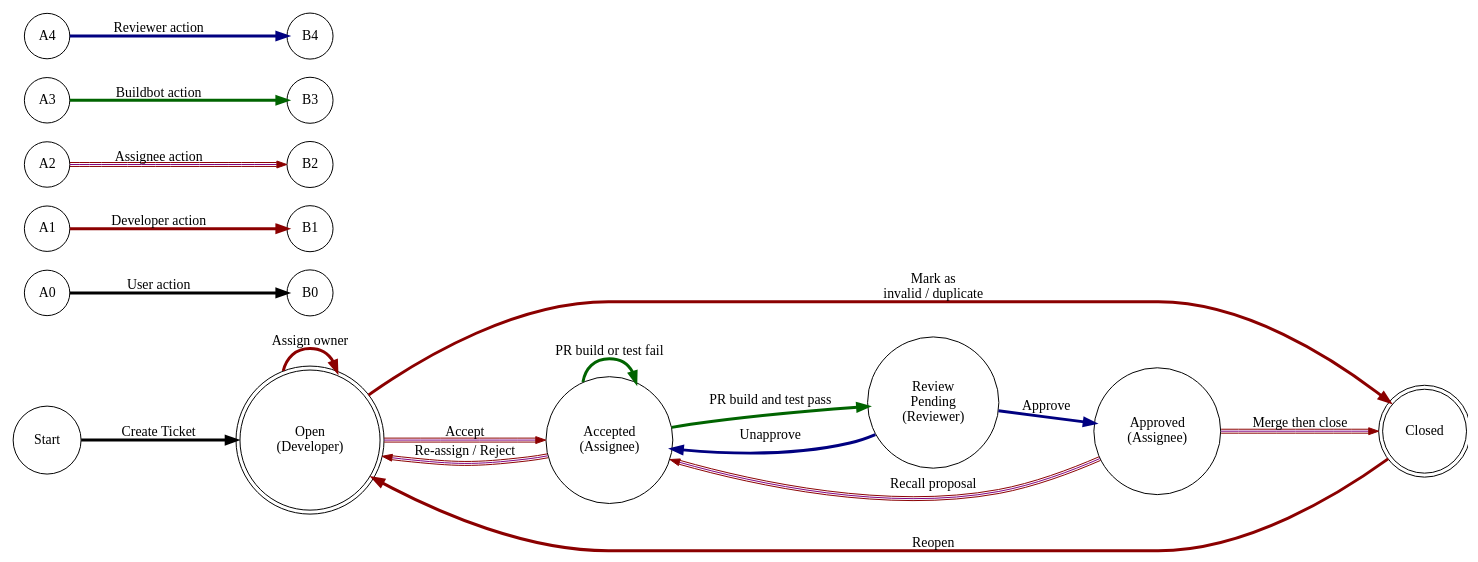
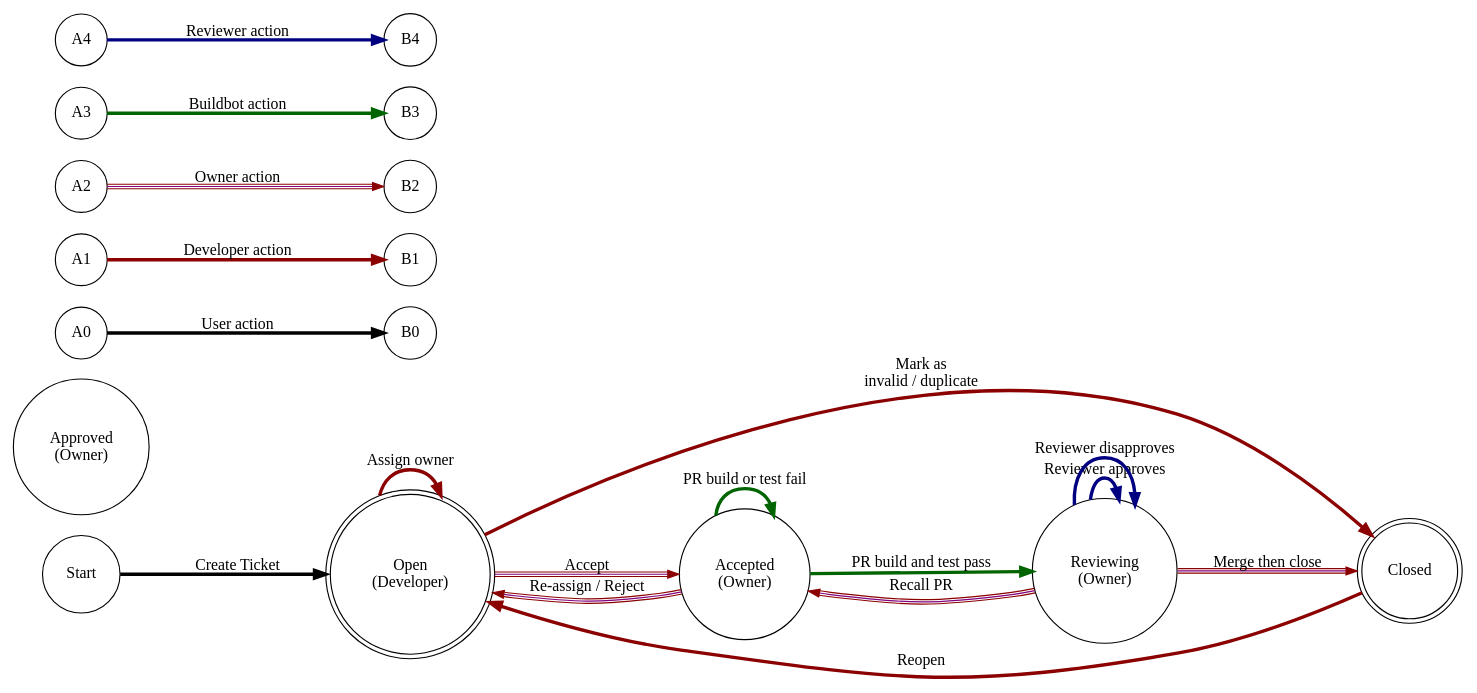
Before and after one commit to kennethho/JIRA-OnDemand-with-self-hosted-Bamboo: the diagram in jira-workflow.dot, drawn with Graphviz. The commit also changed 1 other file, not shown here.

Commit message:
Changed Review Pending to Reviewing and Assignee to Owner

```diff
--- a/jira-workflow.dot
+++ b/jira-workflow.dot
@@ -1,31 +1,31 @@
 digraph jira_workflow {
 	rankdir=LR;
 	size="16,16"
 	node [ shape = doublecircle ]; Open Closed;
 	node [ shape = circle ];
         edge [ penwidth=3.0 ];
         
         Open              [ label = "Open\n(Developer)" ];
-        Accepted          [ label = "Accepted\n(Assignee)" ];
-        Review_Pending    [ label = "Review\nPending\n(Reviewer)" ];
-        Approved          [ label = "Approved\n(Assignee)" ];
+        Accepted          [ label = "Accepted\n(Owner)" ];
+        Reviewing         [ label = "Reviewing\n(Owner)" ];
+        Approved          [ label = "Approved\n(Owner)" ];
         
         Start             -> Open              [ label = "Create Ticket" ];
         Open              -> Open              [ label = "Assign owner" color = "red4" ];
         Open              -> Closed            [ label = "Mark as\ninvalid / duplicate" color = "red4" ];
         Open              -> Accepted          [ label = "Accept" color = "red4:purple:red4" penwidth=1.0 ];
         Accepted          -> Open              [ label = "Re-assign / Reject" color = "red4:purple:red4" penwidth=1.0 ];
-        Accepted          -> Review_Pending    [ label = "PR build and test pass" color = "darkgreen" ];
+        Accepted          -> Reviewing         [ label = "PR build and test pass" color = "darkgreen" ];
         Accepted          -> Accepted          [ label = "PR build or test fail" color = "darkgreen" ];
-        Review_Pending    -> Approved          [ label = "Approve" color = "navy" ];
-        Review_Pending    -> Accepted          [ label = "Unapprove" color = "navy" ];
-        Approved          -> Closed            [ label = "Merge then close" color = "red4:purple:red4" penwidth=1.0 ];
-        Approved          -> Accepted          [ label = "Recall proposal" color = "red4:purple:red4" penwidth=1.0 ];
+        Reviewing         -> Reviewing         [ label = "Reviewer approves" color = "navy" ];
+        Reviewing         -> Reviewing         [ label = "Reviewer disapproves" color = "navy" ];
+        Reviewing         -> Closed            [ label = "Merge then close" color = "red4:purple:red4" penwidth=1.0 ];
+        Reviewing         -> Accepted          [ label = "Recall PR" color = "red4:purple:red4" penwidth=1.0 ];
         Closed            -> Open              [ label = "Reopen" color = "red4" ];
 
         A0 -> B0 [ label = "User action" ];
         A1 -> B1 [ label = "Developer action" color = "red4" ];
-        A2 -> B2 [ label = "Assignee action" color = "red4:purple:red4" penwidth=1.0 ];
+        A2 -> B2 [ label = "Owner action" color = "red4:purple:red4" penwidth=1.0 ];
         A3 -> B3 [ label = "Buildbot action" color = "darkgreen" ];
         A4 -> B4 [ label = "Reviewer action" color = "navy" ];
 }
```
